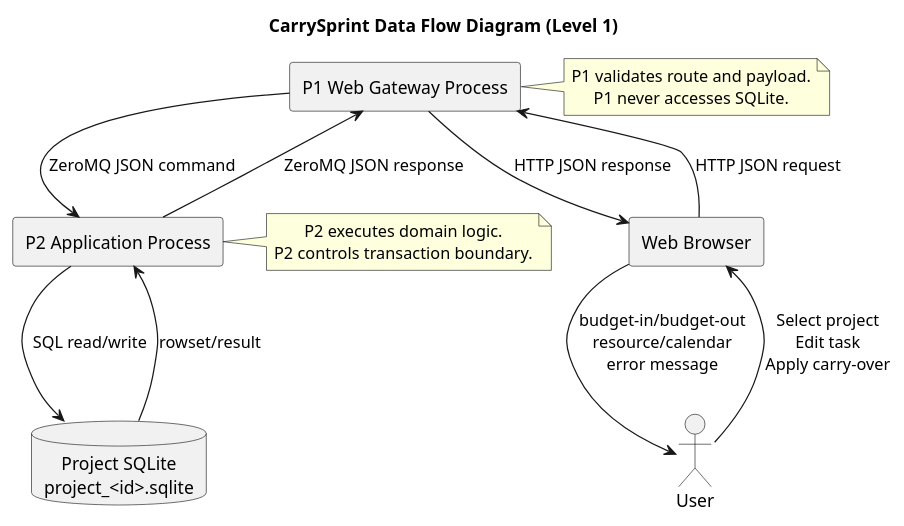
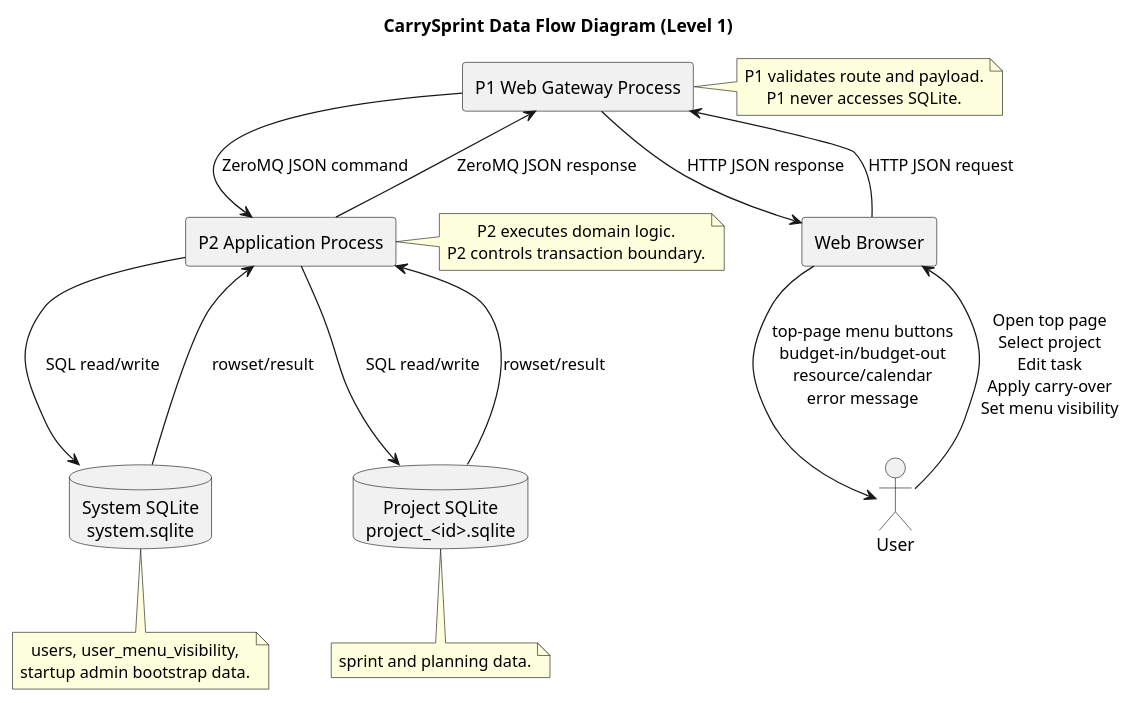
Before and after one commit to fangface-hub/carry_sprint_docs: the diagram in docs/software-method-design/diagrams/dfd/dfd_level1.puml, drawn with PlantUML. The commit also changed 8 other files, not shown here.

Commit message:
added:   top page

```diff
--- a/docs/software-method-design/diagrams/dfd/dfd_level1.puml
+++ b/docs/software-method-design/diagrams/dfd/dfd_level1.puml
@@ -1,34 +1,46 @@
 @startuml CarrySprintDFDLevel1
 
 title CarrySprint Data Flow Diagram (Level 1)
 
 skinparam shadowing false
 skinparam defaultTextAlignment center
 
 actor "User" as user
 rectangle "Web Browser" as browser
 rectangle "P1 Web Gateway Process" as p1
 rectangle "P2 Application Process" as p2
-database "Project SQLite\nproject_<id>.sqlite" as db
+database "System SQLite\nsystem.sqlite" as db_system
+database "Project SQLite\nproject_<id>.sqlite" as db_project
 
-user --> browser : Select project\nEdit task\nApply carry-over
+user --> browser : Open top page\nSelect project\nEdit task\nApply carry-over\nSet menu visibility
 browser --> p1 : HTTP JSON request
 p1 --> p2 : ZeroMQ JSON command
-p2 --> db : SQL read/write
+p2 --> db_system : SQL read/write
+p2 --> db_project : SQL read/write
 
-db --> p2 : rowset/result
+db_system --> p2 : rowset/result
+db_project --> p2 : rowset/result
 p2 --> p1 : ZeroMQ JSON response
 p1 --> browser : HTTP JSON response
-browser --> user : budget-in/budget-out\nresource/calendar\nerror message
+browser --> user : top-page menu buttons\nbudget-in/budget-out\nresource/calendar\nerror message
 
 note right of p1
   P1 validates route and payload.
   P1 never accesses SQLite.
 end note
 
 note right of p2
   P2 executes domain logic.
   P2 controls transaction boundary.
 end note
 
+note bottom of db_system
+  users, user_menu_visibility,
+  startup admin bootstrap data.
+end note
+
+note bottom of db_project
+  sprint and planning data.
+end note
+
 @enduml
```
